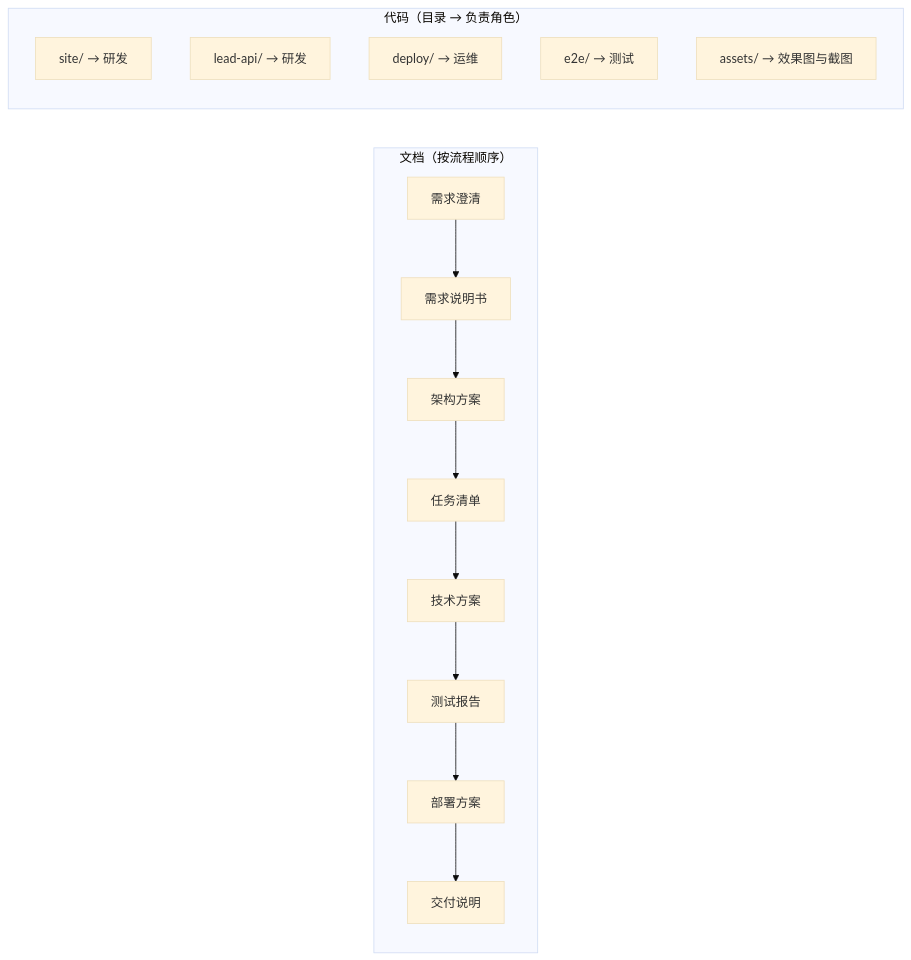
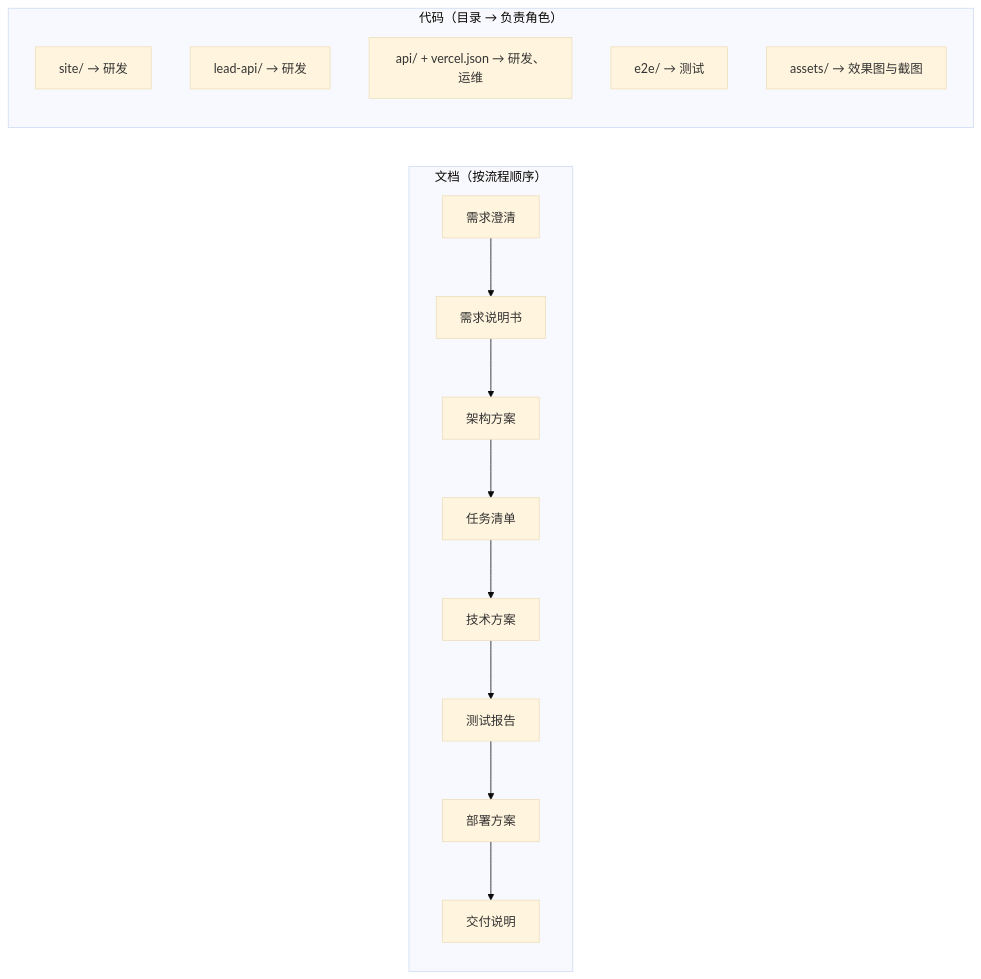
Before and after one commit to dollar3651314/amos111: the diagram in README.md, drawn with Mermaid (base theme). The commit also changed other lines of this file and 8 other files, not shown here.

````diff
--- a/README.md
+++ b/README.md
@@ -7,14 +7,14 @@
 ```mermaid
 flowchart LR
     subgraph DOCS["文档（按流程顺序）"]
         Q["需求澄清"] --> R["需求说明书"] --> A["架构方案"] --> T["任务清单"]
         T --> TS["技术方案"] --> TR["测试报告"] --> DP["部署方案"] --> DL["交付说明"]
     end
     subgraph CODE["代码（目录 → 负责角色）"]
         C1["site/ → 研发"]
         C2["lead-api/ → 研发"]
-        C3["deploy/ → 运维"]
+        C3["api/ + vercel.json → 研发、运维"]
         C4["e2e/ → 测试"]
         C5["assets/ → 效果图与截图"]
     end
 ```
````
